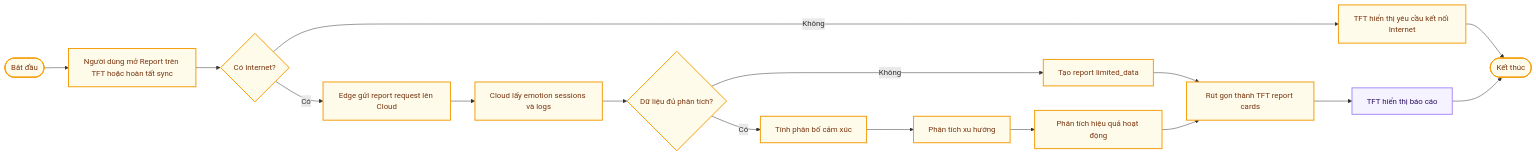
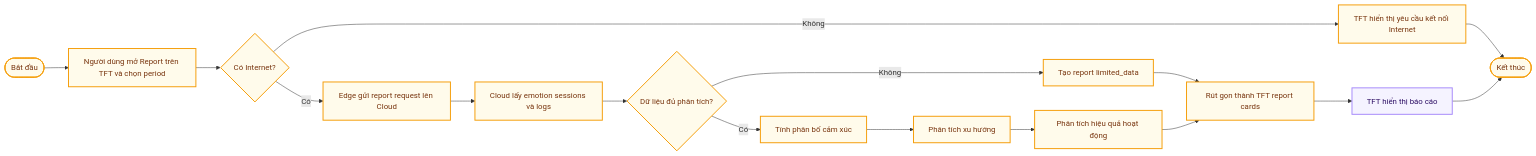
One commit to Computer-Vision-HCMUS/AIoT-Server changed the sixth of 6 diagrams in docs/Spectification/EmotiCareAIoT/03_Objectives.md. Above: the diagram before and after it, drawn with Mermaid. The commit also changed other lines of this file and 37 other files, not shown here.

````diff
--- a/docs/Spectification/EmotiCareAIoT/03_Objectives.md
+++ b/docs/Spectification/EmotiCareAIoT/03_Objectives.md
@@ -448,34 +450,34 @@
 ```mermaid
 flowchart LR
     Start([Bắt đầu])
-    Trigger["Người dùng mở Report trên TFT hoặc hoàn tất sync"]
+    Trigger["Người dùng mở Report trên TFT và chọn period"]
     Online{"Có Internet?"}
     NeedNet["TFT hiển thị yêu cầu kết nối Internet"]
     Request["Edge gửi report request lên Cloud"]
     Load["Cloud lấy emotion sessions và logs"]
     Enough{"Dữ liệu đủ phân tích?"}
     Limited["Tạo report limited_data"]
     Aggregate["Tính phân bố cảm xúc"]
     Trend["Phân tích xu hướng"]
     Effect["Phân tích hiệu quả hoạt động"]
     Compact["Rút gọn thành TFT report cards"]
     Display["TFT hiển thị báo cáo"]
     End([Kết thúc])
 
     Start --> Trigger --> Online
     Online -- "Không" --> NeedNet --> End
     Online -- "Có" --> Request --> Load --> Enough
     Enough -- "Không" --> Limited --> Compact
     Enough -- "Có" --> Aggregate --> Trend --> Effect --> Compact
     Compact --> Display --> End
 
 
     classDef userNode stroke:#818cf8,fill:#eef2ff,stroke-width:2px,color:#1e1b4b
     classDef edgeNode stroke:#a78bfa,fill:#f5f3ff,stroke-width:2px,color:#2e1065
     classDef cacheNode stroke:#2dd4bf,fill:#f0fdfa,stroke-width:2px,color:#0d5a57
     classDef cloudNode stroke:#38bdf8,fill:#f0f9ff,stroke-width:2px,color:#0c3d67
     classDef serviceNode stroke:#4ade80,fill:#f0fdf4,stroke-width:2px,color:#1a3a1a
     classDef actionNode stroke:#f59e0b,fill:#fffbeb,stroke-width:2px,color:#78350f
     class Display edgeNode
     class Start,Trigger,Online,NeedNet,Request,Load,Enough,Limited,Aggregate,Trend,Effect,Compact,End actionNode
 ```
````
